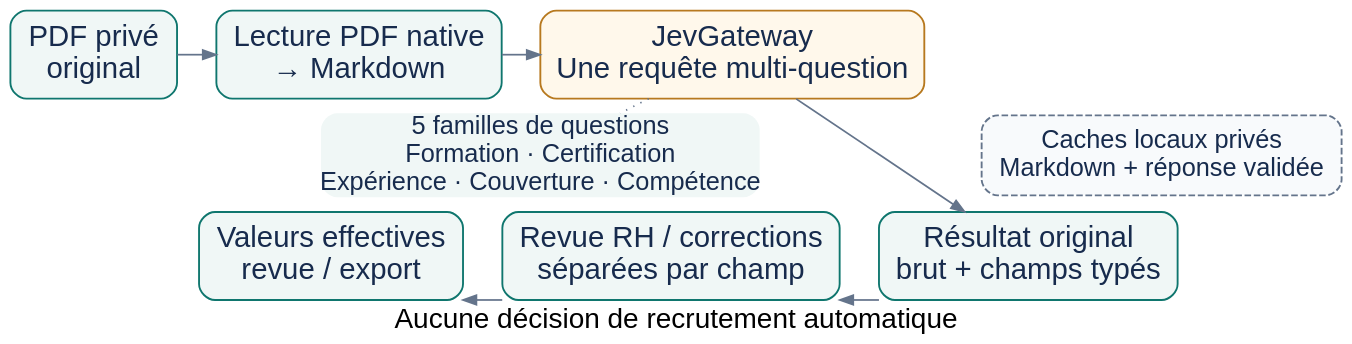
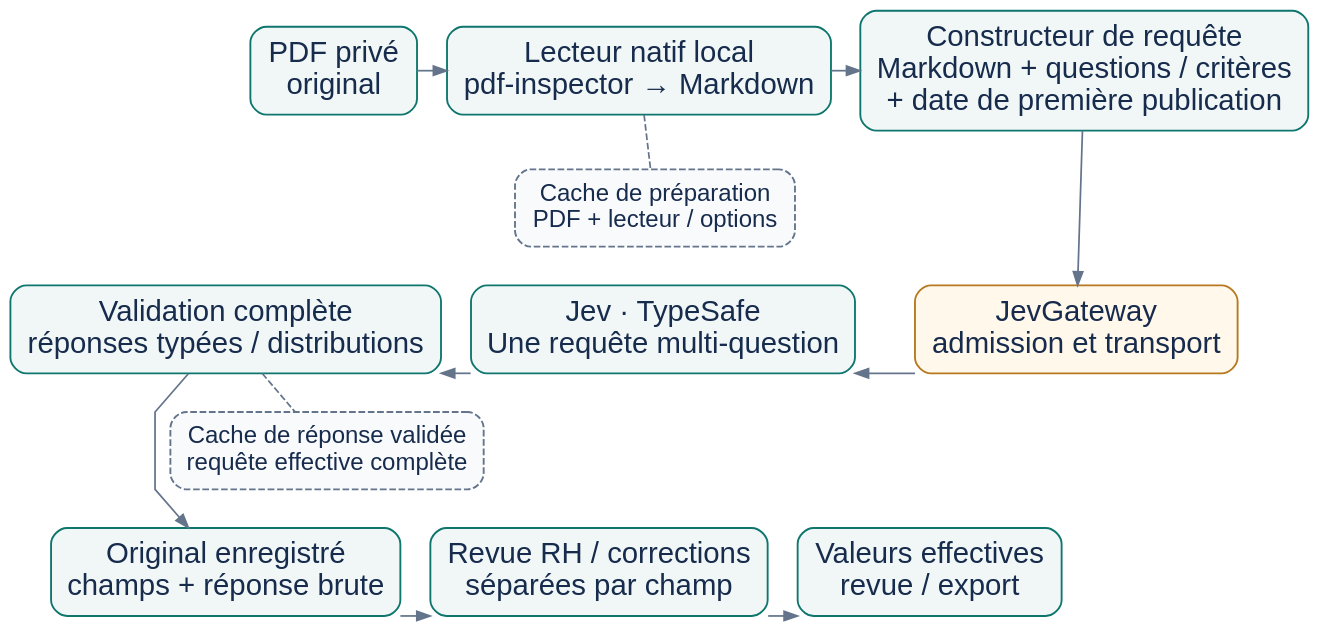
Before and after one commit to abdelkarim-ayed/cap-recruitment: the diagram in presentation/diagrams/DIA-05-processing.dot, drawn with Graphviz. The commit also changed 48 other files, not shown here.

```diff
--- a/presentation/diagrams/DIA-05-processing.dot
+++ b/presentation/diagrams/DIA-05-processing.dot
@@ -1,24 +1,32 @@
 // Source: docs/current/contracts/processing-review-api.md. Success path, not a job topology.
 digraph Processing {
-  graph [rankdir=TB, bgcolor="transparent", pad=0.15, nodesep=0.4, ranksep=0.15, splines=polyline, fontname="Liberation Sans", fontsize=21, labelloc=b, label="Aucune décision de recrutement automatique"];
+  graph [rankdir=TB, bgcolor="transparent", pad=0.15, nodesep=0.3, ranksep=0.4, splines=polyline, fontname="Liberation Sans"];
   node [shape=box, style="rounded,filled", fillcolor="#f0f7f6", color="#0f766e", fontcolor="#172b4d", fontname="Liberation Sans", fontsize=22, margin="0.18,0.12", penwidth=1.4];
   edge [fontname="Liberation Sans", fontsize=20, color="#64748b", fontcolor="#475569", penwidth=1.3];
   pdf [label="PDF privé\noriginal"];
-  markdown [label="Lecture PDF native\n→ Markdown"];
-  request [label="JevGateway\nUne requête multi-question", fillcolor="#fff8eb", color="#b7791f"];
-  families [shape=plain, fontsize=19, label="5 familles de questions\nFormation · Certification\nExpérience · Couverture · Compétence"];
-  result [label="Résultat original\nbrut + champs typés"];
+  markdown [label="Lecteur natif local\npdf-inspector → Markdown"];
+  builder [label="Constructeur de requête\nMarkdown + questions / critères\n+ date de première publication"];
+  request [label="JevGateway\nadmission et transport", fillcolor="#fff8eb", color="#b7791f"];
+  jev [label="Jev · TypeSafe\nUne requête multi-question"];
+  validated [label="Validation complète\nréponses typées / distributions"];
+  result [label="Original enregistré\nchamps + réponse brute"];
   human [label="Revue RH / corrections\nséparées par champ"];
   effective [label="Valeurs effectives\nrevue / export"];
-  cache [label="Caches locaux privés\nMarkdown + réponse validée", style="rounded,dashed,filled", fillcolor="#f8fafc", color="#64748b", fontsize=19];
-  {rank=same; pdf; markdown; request;}
-  {rank=same; families; cache;}
-  {rank=same; effective; human; result;}
-  pdf -> markdown -> request;
-  request -> result;
+  parserCache [label="Cache de préparation\nPDF + lecteur / options", style="rounded,dashed,filled", fillcolor="#f8fafc", color="#64748b", fontsize=18];
+  responseCache [label="Cache de réponse validée\nrequête effective complète", style="rounded,dashed,filled", fillcolor="#f8fafc", color="#64748b", fontsize=18];
+  {rank=same; pdf; markdown; builder;}
+  {rank=same; validated; jev; request;}
+  {rank=same; result; human; effective;}
+  pdf -> markdown -> builder;
+  builder -> request;
+  request -> jev -> validated [constraint=false];
+  validated -> jev -> request [style=invis];
+  markdown -> parserCache [style=dashed, arrowhead=none];
+  parserCache -> jev [style=invis];
+  validated -> responseCache [style=dashed, arrowhead=none];
+  responseCache -> result [style=invis];
+  validated -> result;
   result -> human [constraint=false];
   human -> effective [constraint=false];
-  effective -> human -> result [style=invis];
-  request -> families [style=dotted, arrowhead=none];
-  families -> effective [style=invis];
+  result -> human -> effective [style=invis];
 }
```
